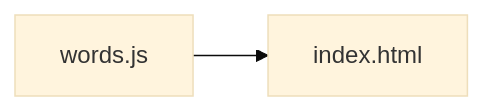
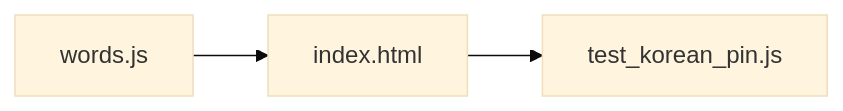
Before and after one commit to cptntrps/korean-word-of-the-day: the diagram in docs/2_SYSTEM_ARCHITECTURE.md, drawn with Mermaid (base theme). The commit also changed other lines of this file and 5 other files, not shown here.

````diff
--- a/docs/2_SYSTEM_ARCHITECTURE.md
+++ b/docs/2_SYSTEM_ARCHITECTURE.md
@@ -40,4 +43,5 @@
 ```mermaid
 graph LR
     words_js[words.js] --> index_html[index.html]
+    index_html --> tests[test_korean_pin.js]
 ```
````
